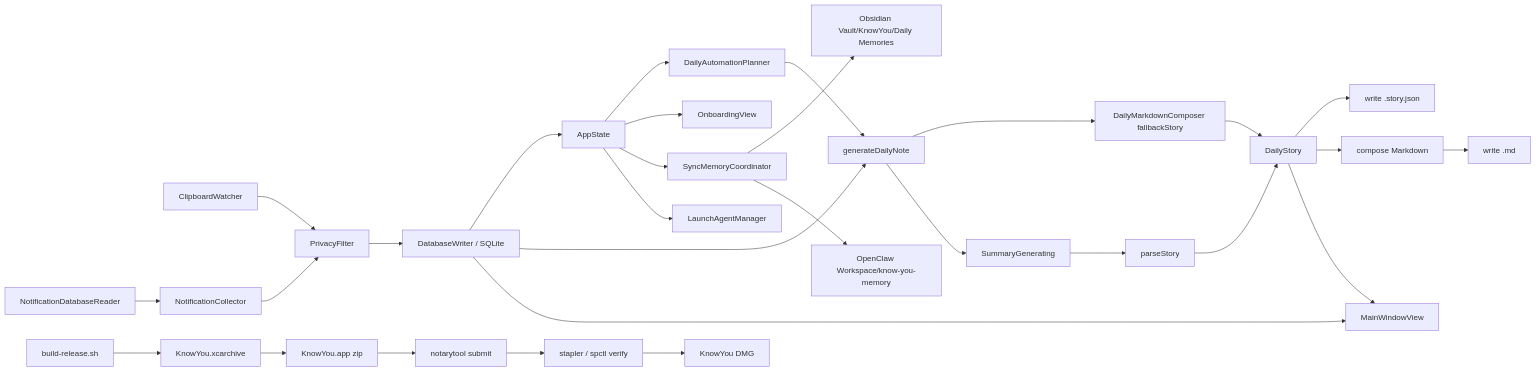
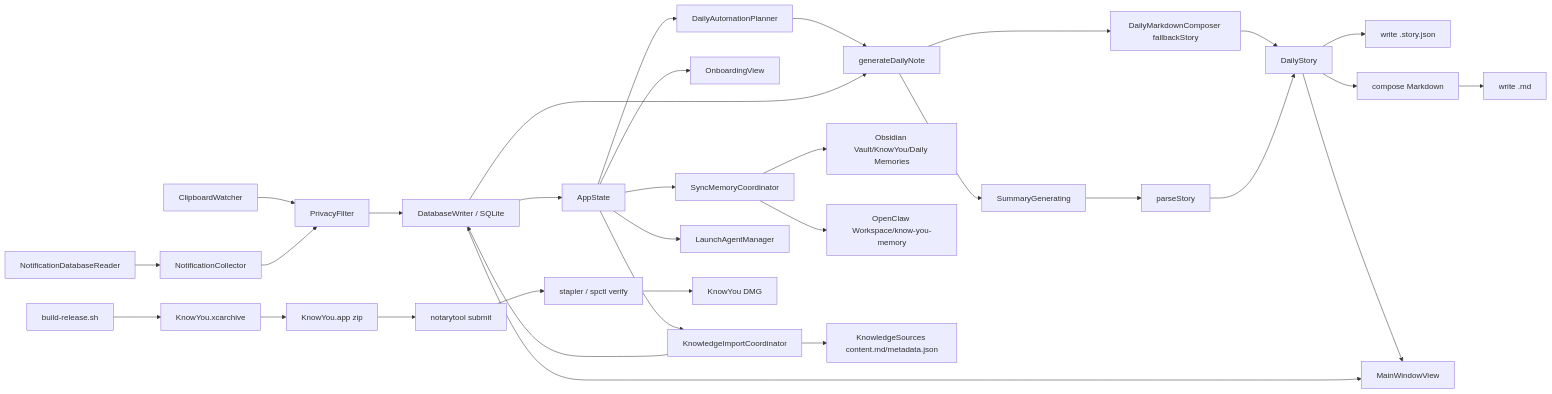
The first of 2 diagrams in docs/architecture.md (gift-is-coding/know-you-open-source), drawn with Mermaid before and after one commit. The commit also changed other lines of this file and 2 other files, not shown here.

Commit message:
Document knowledge import connectors

````diff
--- a/docs/architecture.md
+++ b/docs/architecture.md
@@ -32,31 +33,34 @@
 ```mermaid
 flowchart LR
     A[ClipboardWatcher] --> B[PrivacyFilter]
     C[NotificationDatabaseReader] --> D[NotificationCollector]
     D --> B
     B --> E[DatabaseWriter / SQLite]
     E --> F[AppState]
     F --> G[DailyAutomationPlanner]
     G --> H[generateDailyNote]
     E --> H
     H --> I[DailyMarkdownComposer fallbackStory]
     H --> J[SummaryGenerating]
     J --> K[parseStory]
     I --> L[DailyStory]
     K --> L
     L --> M[write .story.json]
     L --> N[compose Markdown]
     N --> O[write .md]
     L --> P[MainWindowView]
     F --> Q[OnboardingView]
     E --> P
     F --> R[SyncMemoryCoordinator]
     R --> S[Obsidian Vault/KnowYou/Daily Memories]
     R --> T[OpenClaw Workspace/know-you-memory]
-    F --> U[LaunchAgentManager]
-    V[build-release.sh] --> W[KnowYou.xcarchive]
+    F --> U[KnowledgeImportCoordinator]
+    U --> V[KnowledgeSources content.md/metadata.json]
+    U --> E
+    F --> UA[LaunchAgentManager]
+    VA[build-release.sh] --> W[KnowYou.xcarchive]
     W --> X[KnowYou.app zip]
     X --> Y[notarytool submit]
     Y --> Z[stapler / spctl verify]
     Z --> ZA[KnowYou DMG]
 ```
````
